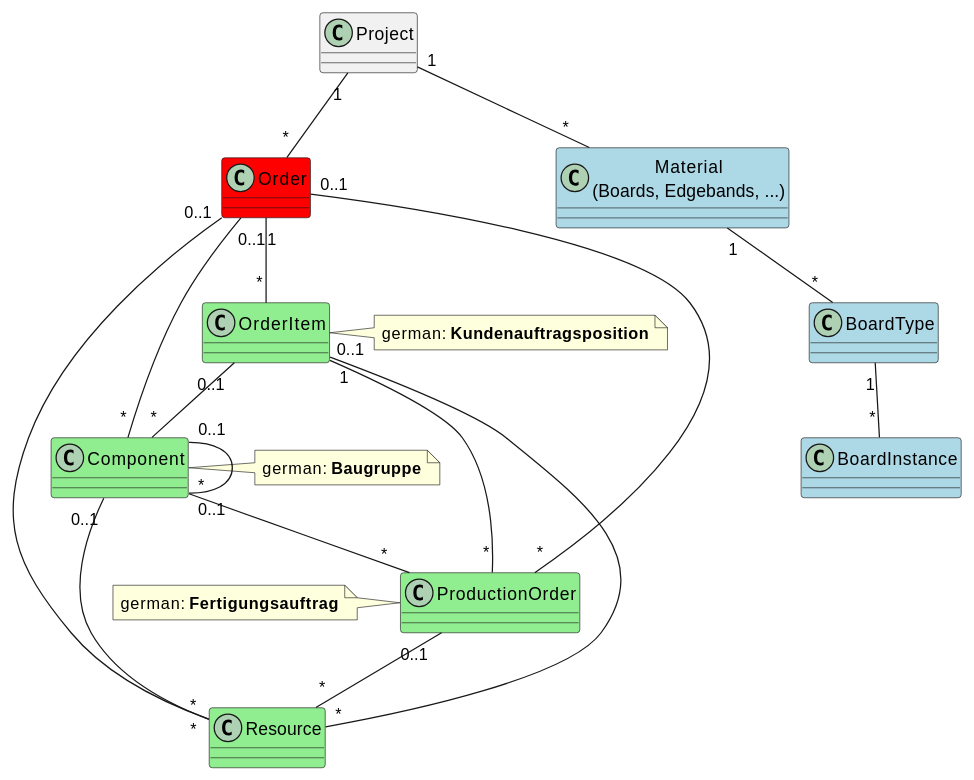
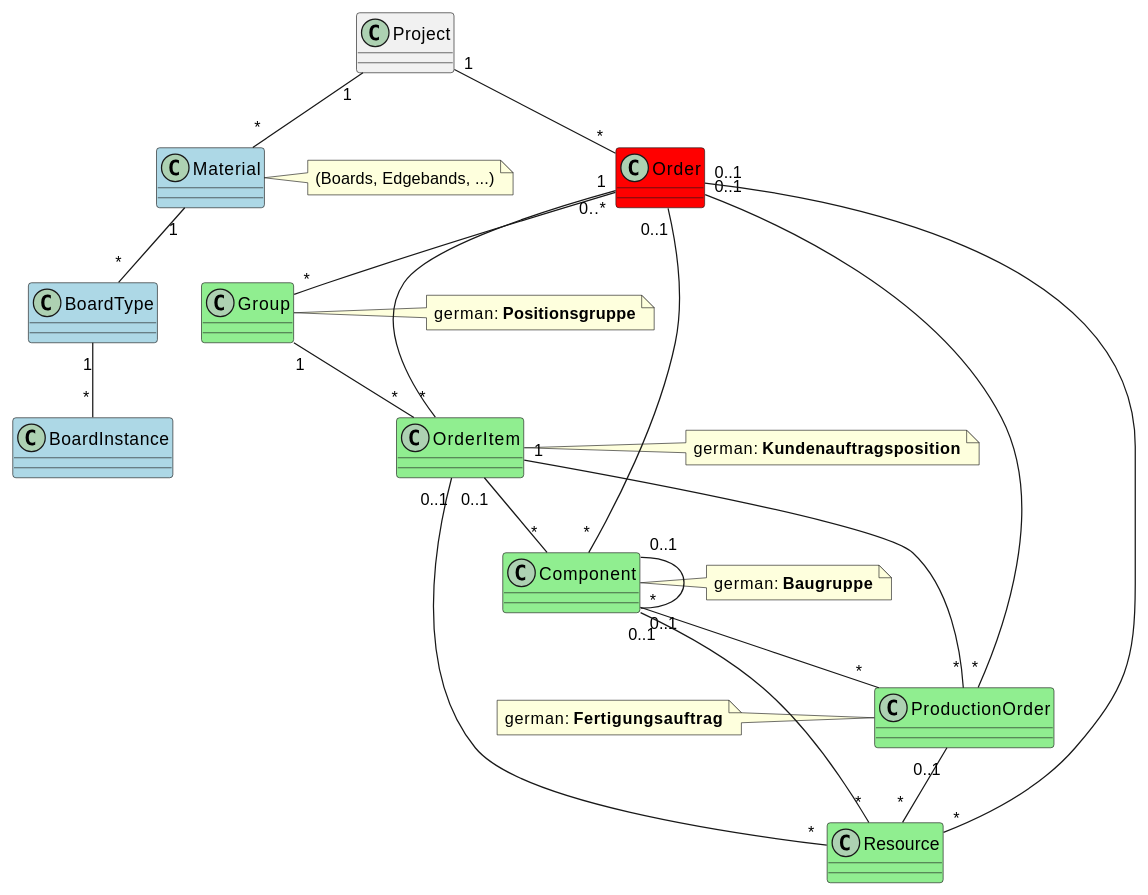
One commit to HomagGroup/HOMAG-Connect changed the diagram in DataExchange/ImportSpecification.md. Above: the diagram before and after it, drawn with PlantUML. The commit also changed other lines of this file and 1 other file, not shown here.

````diff
--- a/DataExchange/ImportSpecification.md
+++ b/DataExchange/ImportSpecification.md
@@ -174,51 +175,52 @@
 ```plantuml
 @startuml
 class Project
 class Order #red
 class Component #lightgreen
 class OrderItem #lightgreen
 class ProductionOrder #lightgreen
 class Resource #lightgreen
-
+class Group #lightgreen
+class Material #lightblue
+class BoardType #lightblue
+class BoardInstance #lightblue
 
 Project "1" -- "*" Order
 Order "1" -- "*" OrderItem
+Order "0..*" -- "*" Group
+Group "1" -- "*" OrderItem
+
 OrderItem "0..1" -- "*" Component
 Order "0..1" -- "*" Component
 Component "0..1" -- "*" Component
 Component "0..1" -- "*" ProductionOrder
 Order "0..1" -- "*" ProductionOrder
 OrderItem "1" -- "*" ProductionOrder
 OrderItem "0..1" -- "*" Resource
 
 Order "0..1" -- "*" Resource
 Component "0..1" -- "*" Resource
 ProductionOrder "0..1" -- "*" Resource
 
-class Material as "Material\n(Boards, Edgebands, ...)" #lightblue
-class BoardType #lightblue
-class BoardInstance #lightblue
-
 Project "1" -- "*" Material
 Material "1" -- "*" BoardType
 BoardType "1" -- "*" BoardInstance
 
-'class EdgebandType #lightblue
-'class Edgeband #lightblue
-'class EdgebandInstance #lightblue
-'Material "1" -- "*" EdgebandType
-'EdgebandType "1" -- "*" Edgeband
-'Edgeband "1" -- "*" EdgebandInstance
+note right of Material
+    (Boards, Edgebands, ...)
+end note
 
-
- note right of Component
+note right of Component
     german: **Baugruppe**
- end note
- note right of OrderItem
+end note
+note right of OrderItem
     german: **Kundenauftragsposition**
- end note
- note left of ProductionOrder
+end note
+note right of Group
+    german: **Positionsgruppe**
+end note
+note left of ProductionOrder
     german: **Fertigungsauftrag**
- end note
+end note
 @enduml
 ```
````
